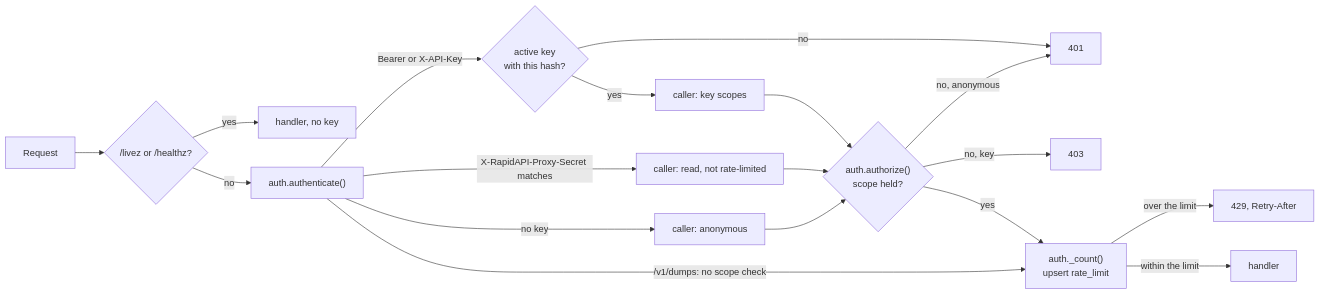
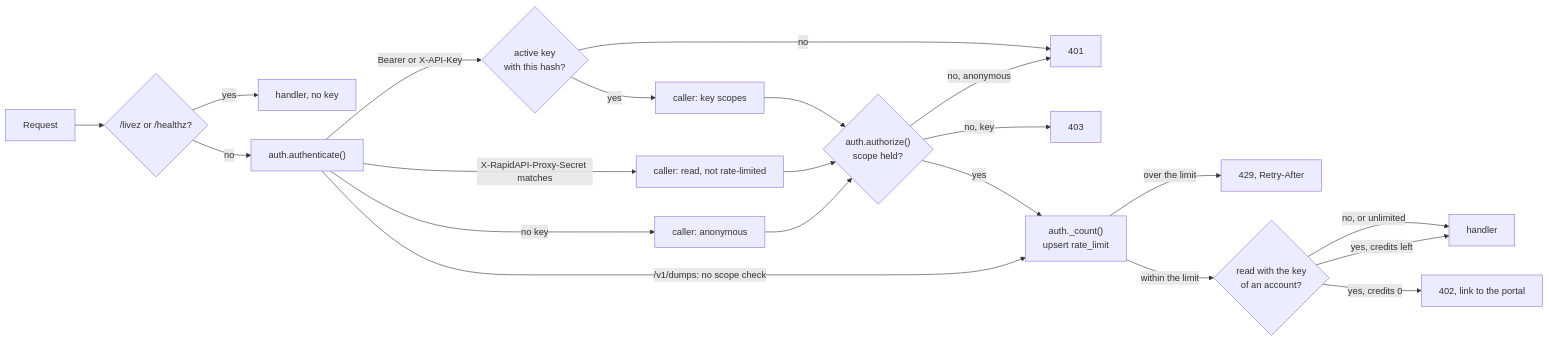
Diagram 15 of 17 in docs/architecture.md (eait-fit/fooddb), drawn with Mermaid before and after one commit. The commit also changed other lines of this file and 24 other files, not shown here.

````diff
--- a/docs/architecture.md
+++ b/docs/architecture.md
@@ -1137,20 +1172,23 @@
 ```mermaid
 flowchart LR
     req["Request"] --> open{"/livez or /healthz?"}
     open -->|yes| ok["handler, no key"]
     open -->|no| who["auth.authenticate()"]
     who -->|"Bearer or X-API-Key"| key{"active key<br/>with this hash?"}
     key -->|no| e401["401"]
     key -->|yes| caller["caller: key scopes"]
     who -->|"X-RapidAPI-Proxy-Secret matches"| rapid["caller: read, not rate-limited"]
     who -->|"no key"| anon["caller: anonymous"]
     who -->|"/v1/dumps: no scope check"| count
     caller --> scope{"auth.authorize()<br/>scope held?"}
     rapid --> scope
     anon --> scope
     scope -->|"no, anonymous"| e401
     scope -->|"no, key"| e403["403"]
     scope -->|yes| count["auth._count()<br/>upsert rate_limit"]
     count -->|"over the limit"| e429["429, Retry-After"]
-    count -->|"within the limit"| handler["handler"]
+    count -->|"within the limit"| paid{"read with the key<br/>of an account?"}
+    paid -->|"no, or unlimited"| handler["handler"]
+    paid -->|"yes, credits left"| handler
+    paid -->|"yes, credits 0"| e402["402, link to the portal"]
 ```
````
